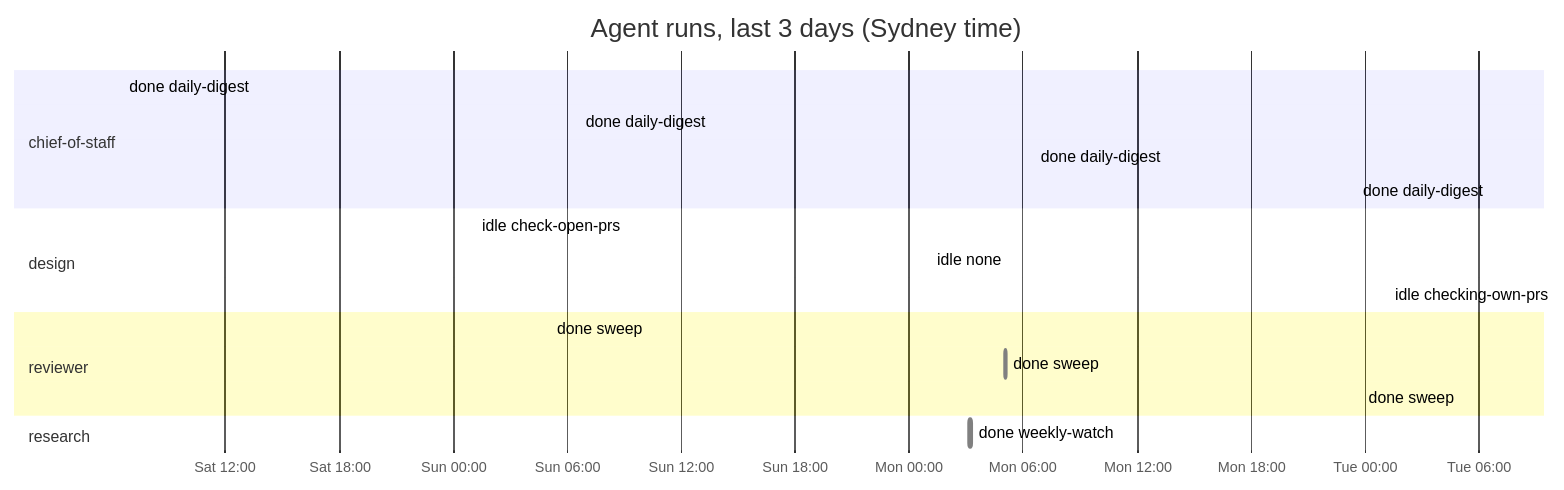
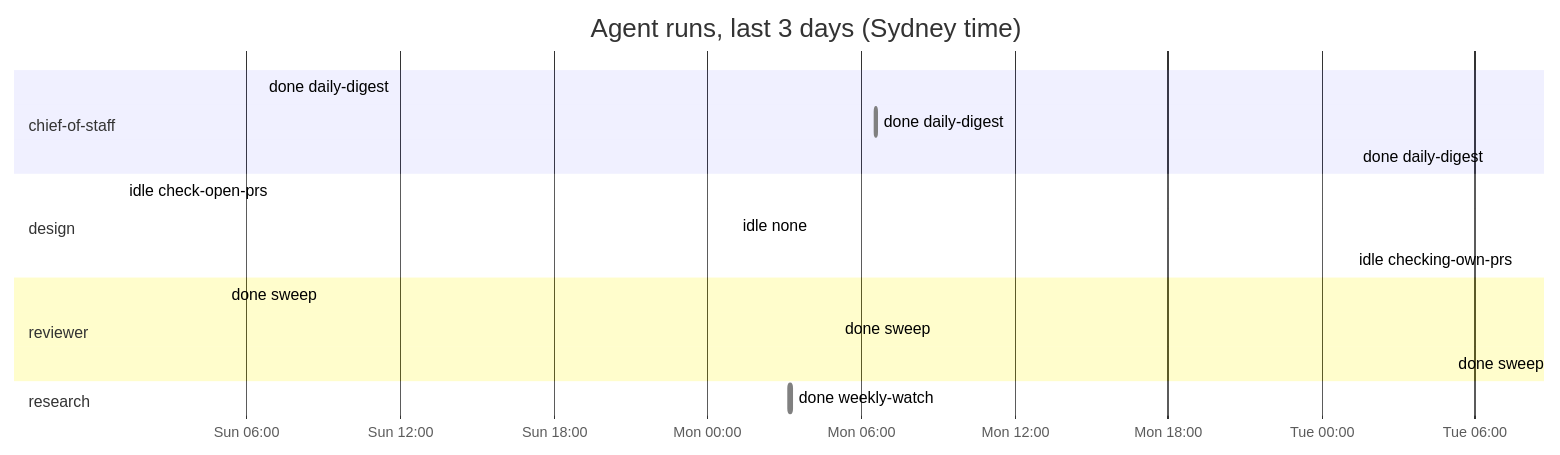
One commit to roulmediateam-byte/fifteen-expert-hq changed the diagram in dashboard.md. Above: the diagram before and after it, drawn with Mermaid. The commit also changed other lines of this file and 1 other file, not shown here.

````diff
--- a/dashboard.md
+++ b/dashboard.md
@@ -44,21 +44,20 @@
 ```mermaid
 gantt
     title Agent runs, last 3 days (Sydney time)
     dateFormat YYYY-MM-DD HH:mm
     axisFormat %a %H:%M
     section chief-of-staff
-    done daily-digest :done, 2026-11-14 06:35, 2026-11-14 06:36
     done daily-digest :done, 2026-11-15 06:35, 2026-11-15 06:36
     done daily-digest :done, 2026-11-16 06:35, 2026-11-16 06:36
     done daily-digest :done, 2026-11-17 06:35, 2026-11-17 06:36
     section design
     idle check-open-prs :done, 2026-11-15 01:08, 2026-11-15 01:09
     idle none :done, 2026-11-16 01:08, 2026-11-16 01:08
     idle checking-own-prs :done, 2026-11-17 01:12, 2026-11-17 01:12
     section reviewer
     done sweep :done, 2026-11-15 05:07, 2026-11-15 05:08
     done sweep :done, 2026-11-16 05:05, 2026-11-16 05:06
     done sweep :done, 2026-11-17 05:05, 2026-11-17 05:05
     section research
     done weekly-watch :done, 2026-11-16 03:10, 2026-11-16 03:17
 ```
````
